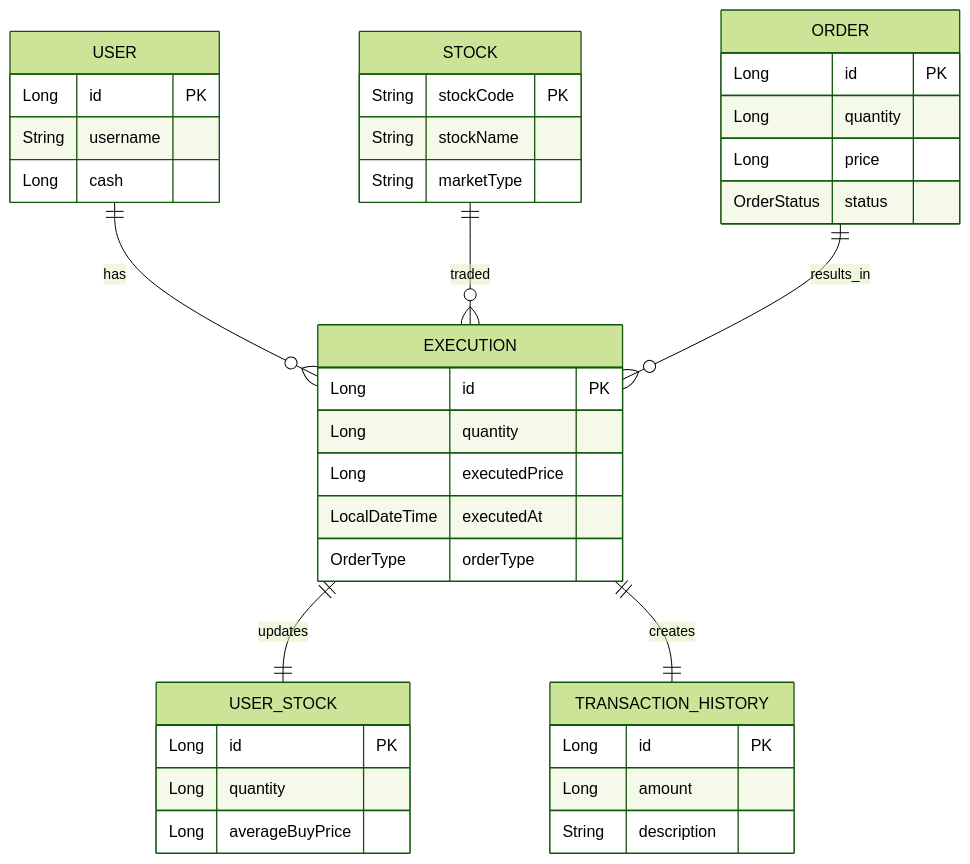
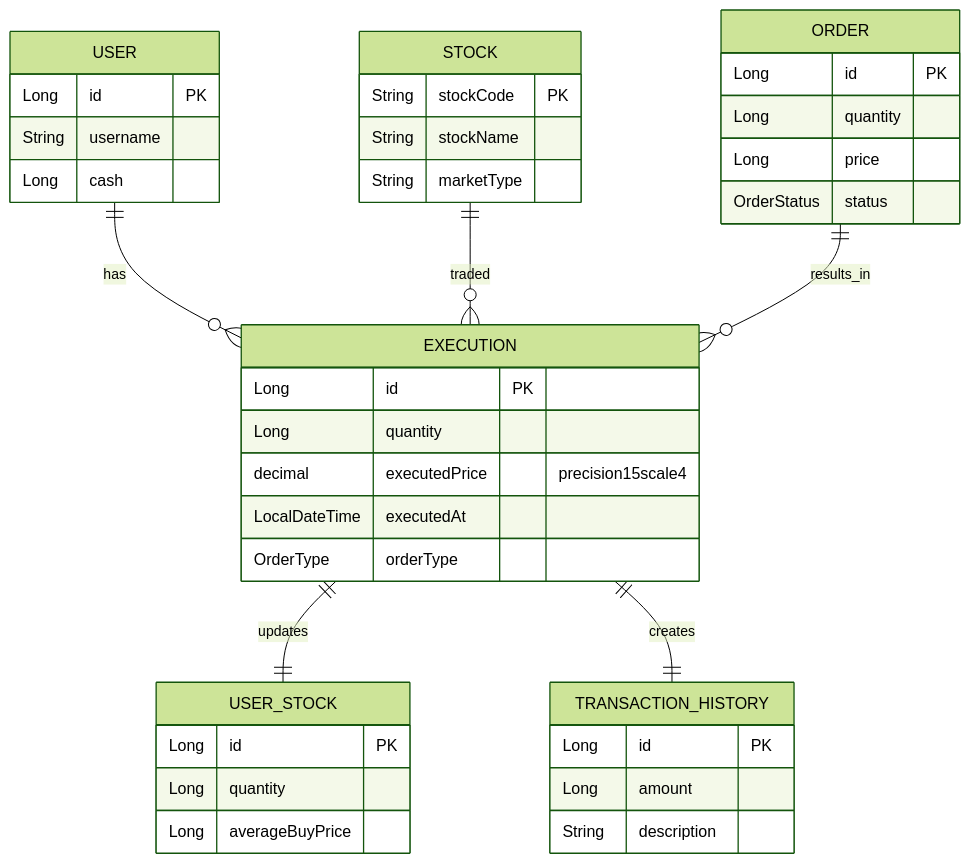
The first of 3 diagrams in docs/DOMAIN_EXECUTION_README.md (mo2-motoo/backend), drawn with Mermaid (forest theme) before and after one commit. The commit also changed other lines of this file and 10 other files, not shown here.

````diff
--- a/docs/DOMAIN_EXECUTION_README.md
+++ b/docs/DOMAIN_EXECUTION_README.md
@@ -11,47 +11,47 @@
 ```mermaid
 erDiagram
     EXECUTION {
         Long id PK
         Long quantity
-        Long executedPrice
+        decimal executedPrice "precision15scale4"
         LocalDateTime executedAt
         OrderType orderType
     }
 
     USER {
         Long id PK
         String username
         Long cash
     }
 
     STOCK {
         String stockCode PK
         String stockName
         String marketType
     }
 
     ORDER {
         Long id PK
         Long quantity
         Long price
         OrderStatus status
     }
 
     USER_STOCK {
         Long id PK
         Long quantity
         Long averageBuyPrice
     }
 
     TRANSACTION_HISTORY {
         Long id PK
         Long amount
         String description
     }
 
     USER ||--o{ EXECUTION : "has"
     STOCK ||--o{ EXECUTION : "traded"
     ORDER ||--o{ EXECUTION : "results_in"
     EXECUTION ||--|| USER_STOCK : "updates"
     EXECUTION ||--|| TRANSACTION_HISTORY : "creates"
 ```
````
